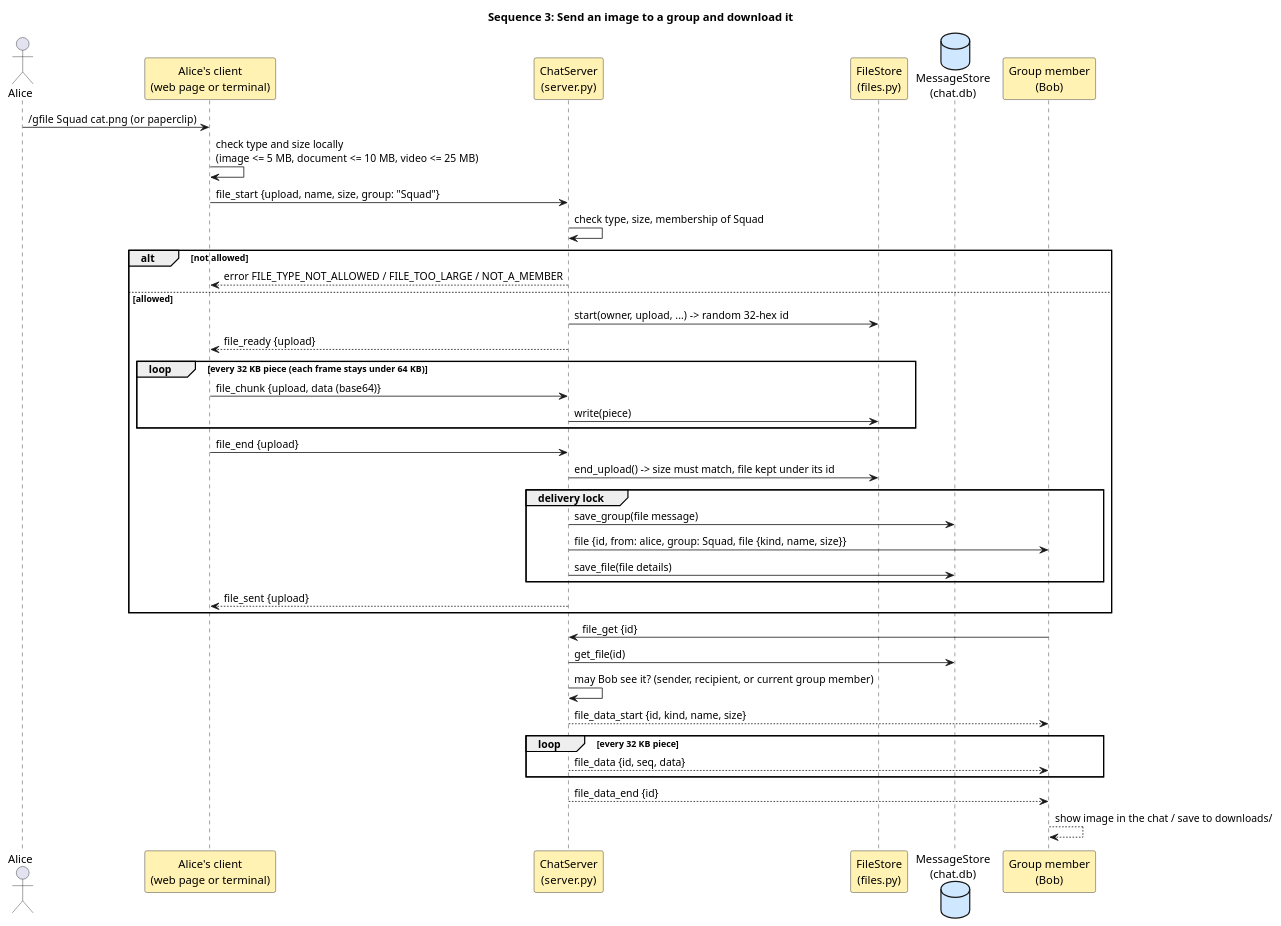
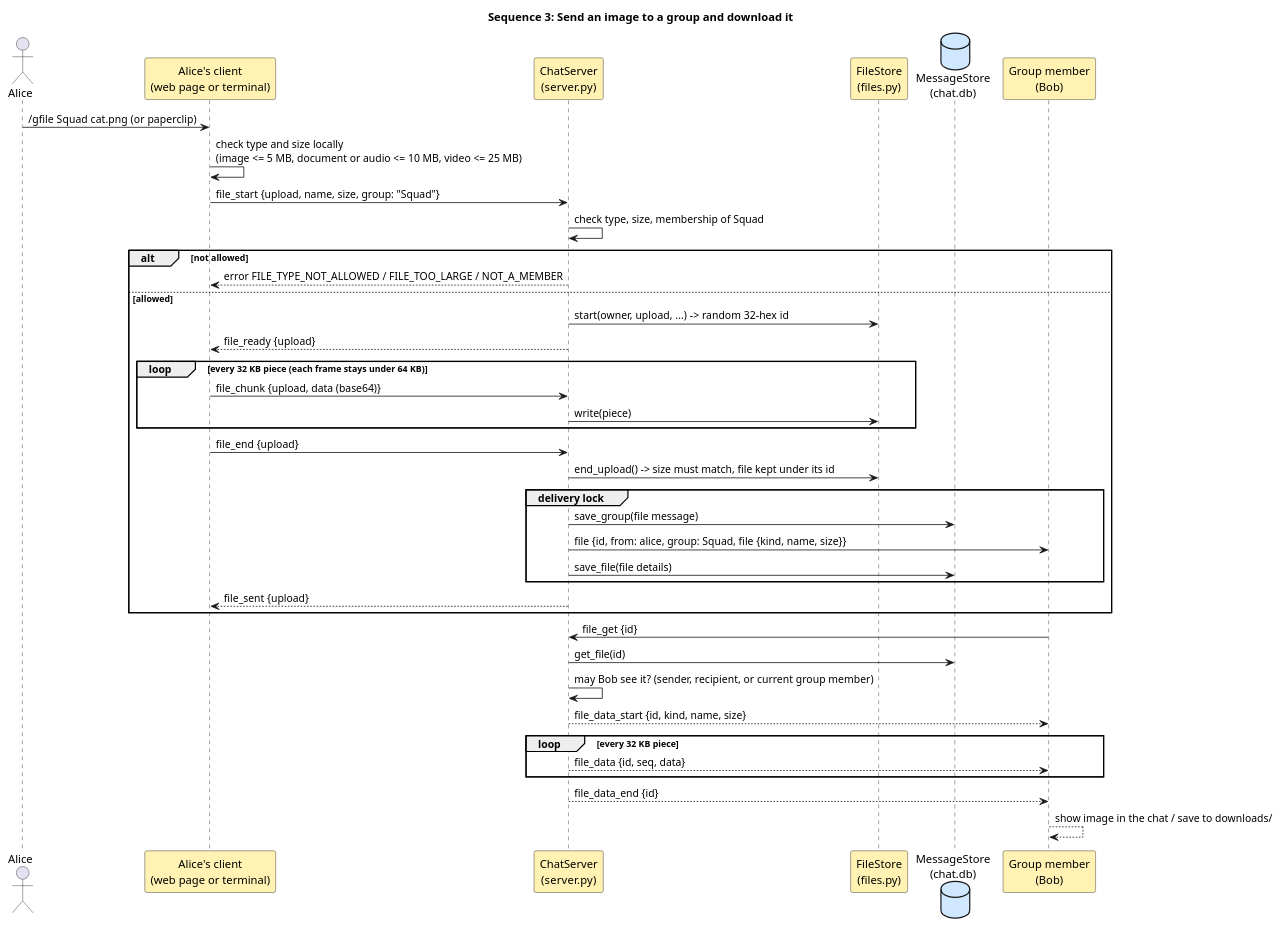
Before and after one commit to Kabir7code/Chat-application-Socket-Programming-: the diagram in Documents/Final_Documents_Course_Templates/diagrams/sequence_send_file.puml, drawn with PlantUML. The commit also changed 17 other files, not shown here.

```diff
--- a/Documents/Final_Documents_Course_Templates/diagrams/sequence_send_file.puml
+++ b/Documents/Final_Documents_Course_Templates/diagrams/sequence_send_file.puml
@@ -1,47 +1,47 @@
 @startuml
 ' Sequence diagram 3: sending a file to a group and downloading it
 title Sequence 3: Send an image to a group and download it
 skinparam shadowing false
 skinparam sequenceMessageAlign left
 skinparam ParticipantBackgroundColor #FFF2B3
 skinparam DatabaseBackgroundColor #CFE8FF
 actor Alice
 participant "Alice's client\n(web page or terminal)" as CA
 participant "ChatServer\n(server.py)" as S
 participant "FileStore\n(files.py)" as F
 database "MessageStore\n(chat.db)" as DB
 participant "Group member\n(Bob)" as CB
 
 Alice -> CA : /gfile Squad cat.png  (or paperclip)
-CA -> CA : check type and size locally\n(image <= 5 MB, document <= 10 MB, video <= 25 MB)
+CA -> CA : check type and size locally\n(image <= 5 MB, document or audio <= 10 MB, video <= 25 MB)
 CA -> S : file_start {upload, name, size, group: "Squad"}
 S -> S : check type, size, membership of Squad
 alt not allowed
   S --> CA : error FILE_TYPE_NOT_ALLOWED / FILE_TOO_LARGE / NOT_A_MEMBER
 else allowed
   S -> F : start(owner, upload, ...) -> random 32-hex id
   S --> CA : file_ready {upload}
   loop every 32 KB piece (each frame stays under 64 KB)
     CA -> S : file_chunk {upload, data (base64)}
     S -> F : write(piece)
   end
   CA -> S : file_end {upload}
   S -> F : end_upload() -> size must match, file kept under its id
   group delivery lock
     S -> DB : save_group(file message)
     S -> CB : file {id, from: alice, group: Squad, file {kind, name, size}}
     S -> DB : save_file(file details)
   end
   S --> CA : file_sent {upload}
 end
 
 CB -> S : file_get {id}
 S -> DB : get_file(id)
 S -> S : may Bob see it? (sender, recipient, or current group member)
 S --> CB : file_data_start {id, kind, name, size}
 loop every 32 KB piece
   S --> CB : file_data {id, seq, data}
 end
 S --> CB : file_data_end {id}
 CB --> CB : show image in the chat / save to downloads/
 @enduml
```
